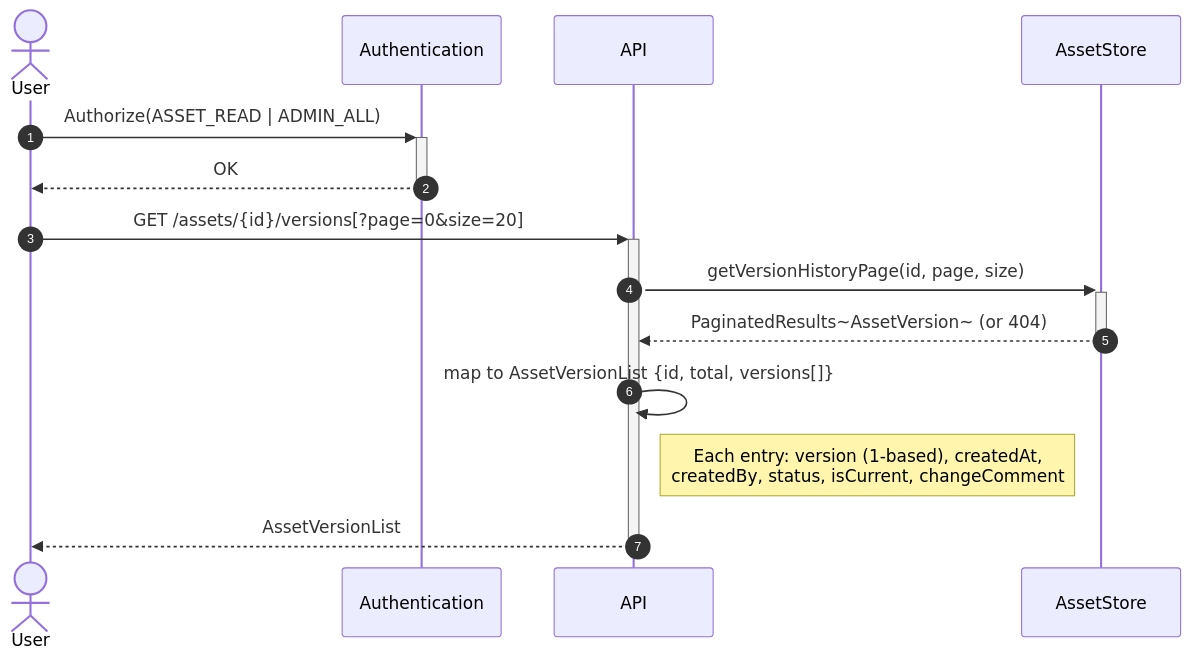
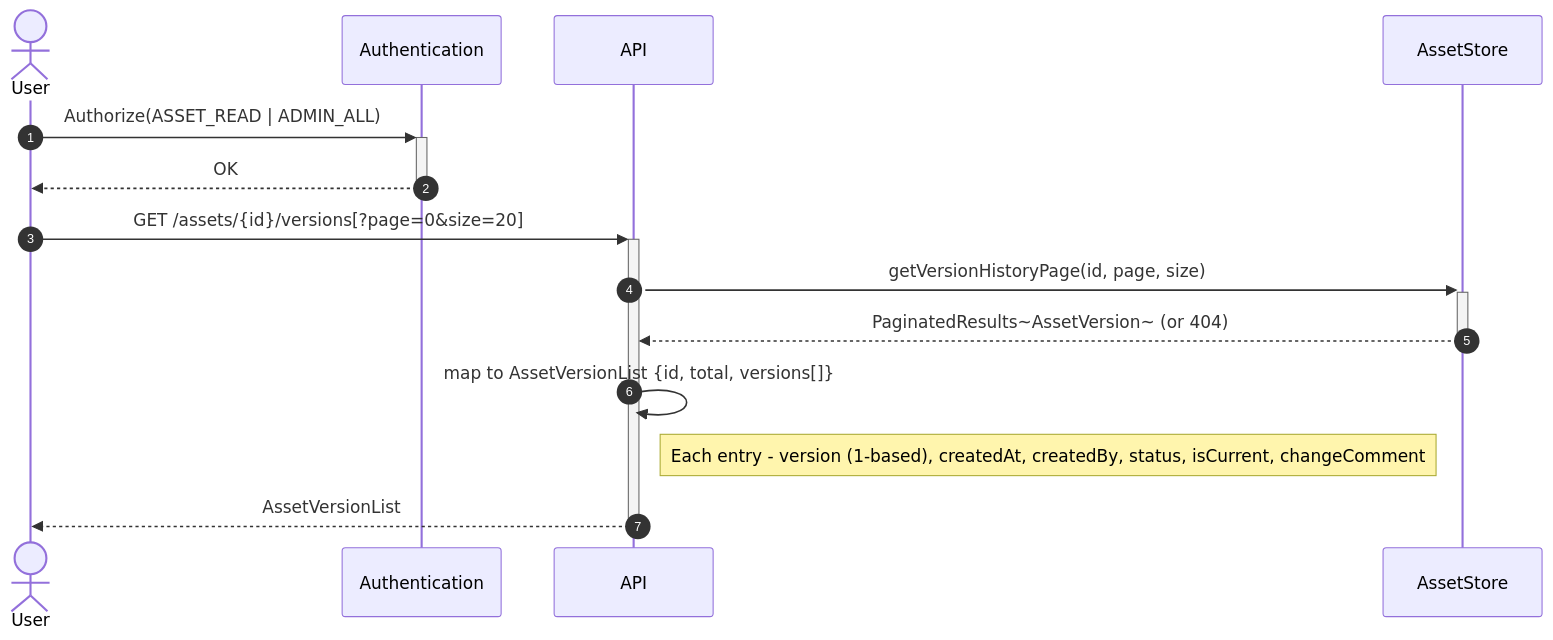
One commit to stevenschwenke/federated-catalogue-docs changed diagram 21 of 44 in federated-catalogue/src/docs/architecture/chapters/06_runtime_view.adoc. Above: the diagram before and after it, drawn with Mermaid. The commit also changed other lines of this file, not shown here.

Commit message:
Fix Mermaid CLI setup

```diff
--- a/federated-catalogue/src/docs/architecture/chapters/06_runtime_view.adoc
+++ b/federated-catalogue/src/docs/architecture/chapters/06_runtime_view.adoc
@@ -729,17 +729,17 @@
 [mermaid, width=2000]
 ....
 sequenceDiagram
     autonumber
     actor User
     participant Auth as Authentication
     participant API
     participant AssetStore as AssetStore
     User ->> + Auth:Authorize(ASSET_READ | ADMIN_ALL)
     Auth -->> - User:OK
     User ->> + API:GET /assets/{id}/versions[?page=0&size=20]
     API ->> + AssetStore: getVersionHistoryPage(id, page, size)
     AssetStore -->> - API: PaginatedResults~AssetVersion~ (or 404)
     API ->> API:map to AssetVersionList {id, total, versions[]}
-    Note right of API: Each entry: version (1-based), createdAt,<br/>createdBy, status, isCurrent, changeComment
+    Note right of API: Each entry - version (1-based), createdAt, createdBy, status, isCurrent, changeComment
     API -->> - User:AssetVersionList
 ....
```
